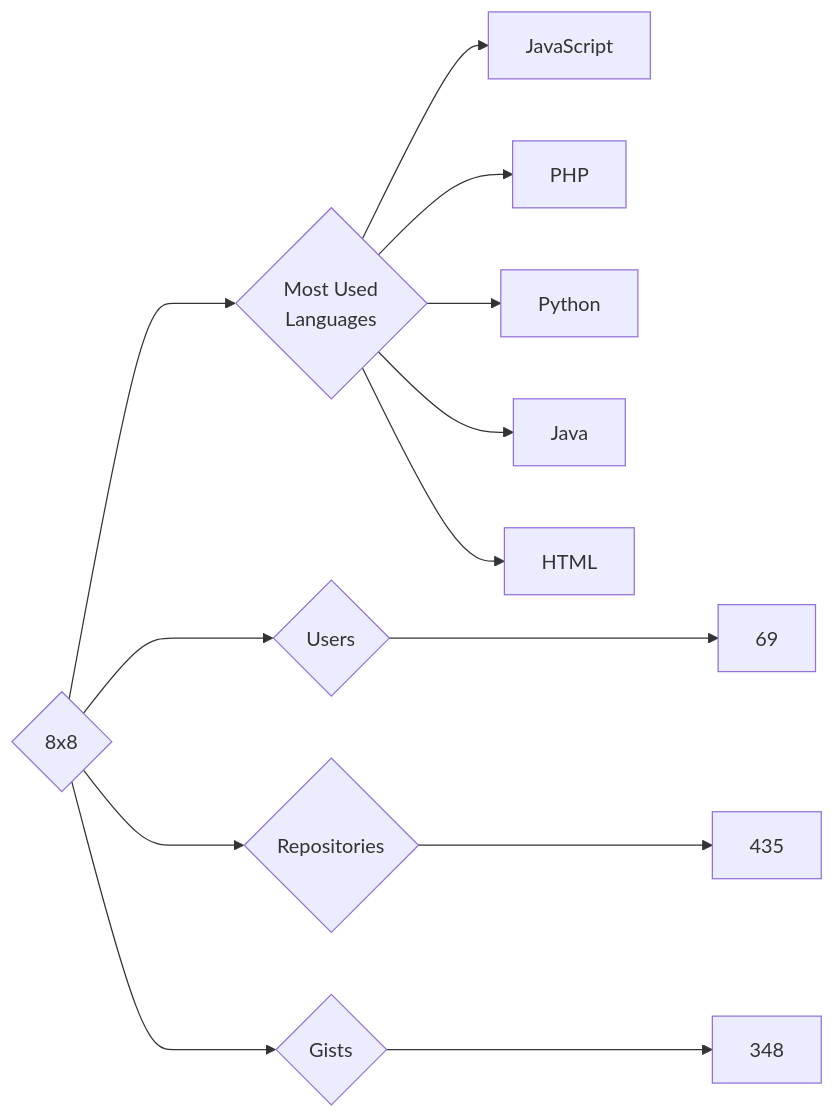
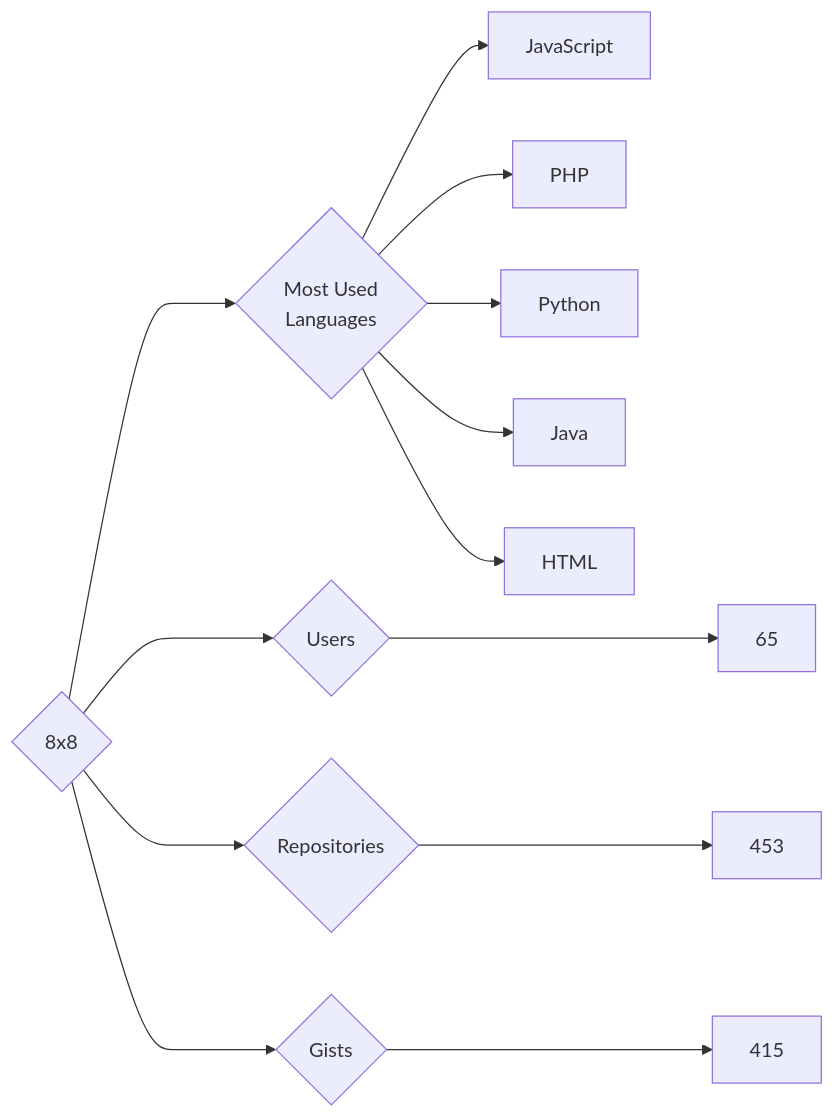
Before and after one commit to trickest/insiders: the diagram in targets/8x8/README.md, drawn with Mermaid. The commit also changed 882 other files, not shown here.

````diff
--- a/targets/8x8/README.md
+++ b/targets/8x8/README.md
@@ -3,13 +3,13 @@
 ```mermaid
 graph LR
 COMPANY_NAME{8x8}
-COMPANY_NAME ---> U{Users} ---> UN[69]
-COMPANY_NAME ---> R{Repositories} ---> RN[435]
-COMPANY_NAME ---> G{Gists} ---> GN[348]
+COMPANY_NAME ---> U{Users} ---> UN[65]
+COMPANY_NAME ---> R{Repositories} ---> RN[453]
+COMPANY_NAME ---> G{Gists} ---> GN[415]
 COMPANY_NAME ---> ML{Most Used<br>Languages}
 ML --> JavaScript[JavaScript]
 ML --> PHP[PHP]
 ML --> Python[Python]
 ML --> Java[Java]
 ML --> HTML[HTML]
 ```
````
